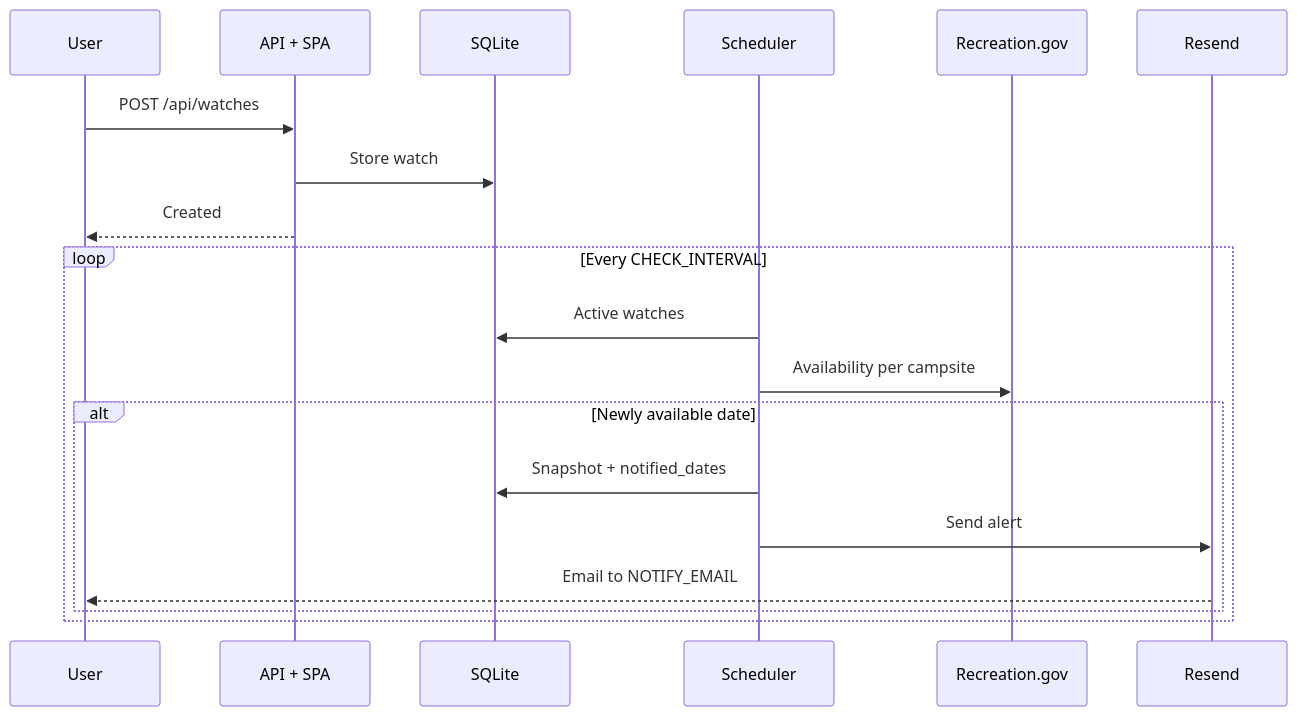
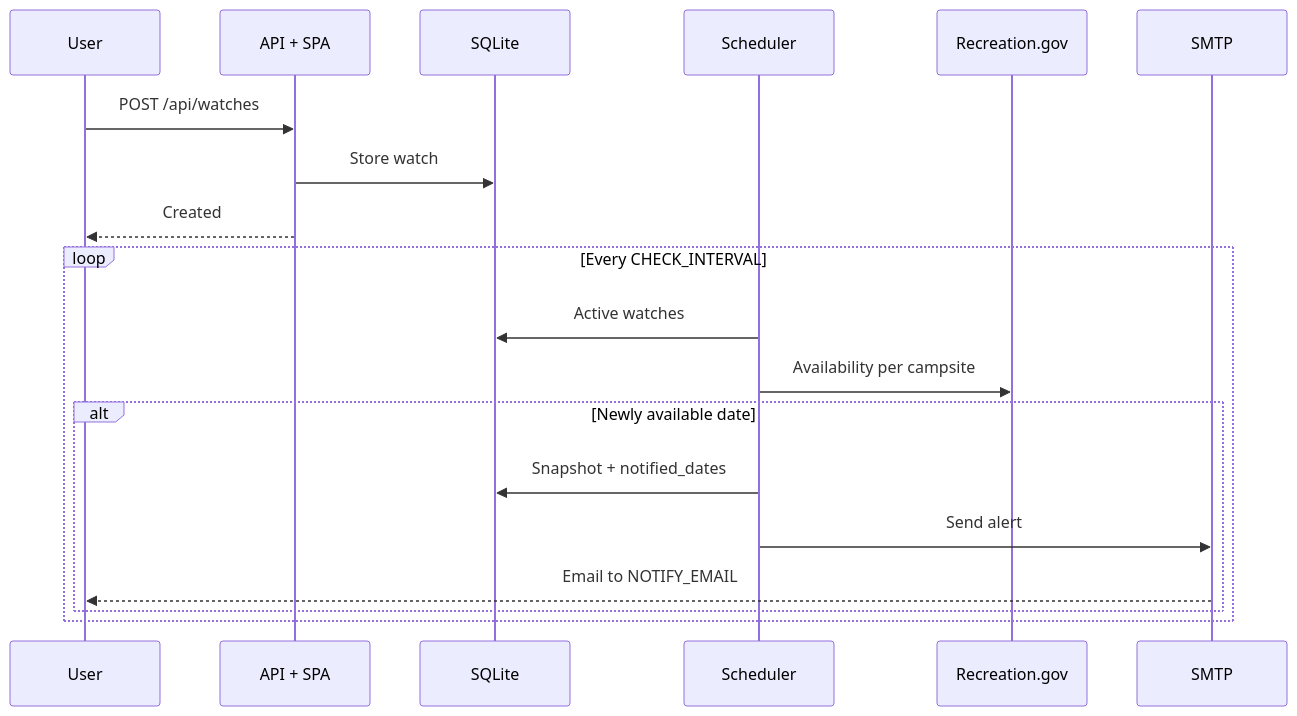
Before and after one commit to adamcnaglich/campsight: the second of 2 diagrams in README.md, drawn with Mermaid. The commit also changed other lines of this file and 10 other files, not shown here.

First line of the commit message:
Send alert emails over SMTP with nodemailer instead of Resend

````diff
--- a/README.md
+++ b/README.md
@@ -143,23 +147,23 @@
 ```mermaid
 sequenceDiagram
     participant User
     participant App as API + SPA
     participant DB as SQLite
     participant Scheduler
     participant RecGov as Recreation.gov
-    participant Email as Resend
+    participant Email as SMTP
 
     User->>App: POST /api/watches
     App->>DB: Store watch
     App-->>User: Created
 
     loop Every CHECK_INTERVAL
         Scheduler->>DB: Active watches
         Scheduler->>RecGov: Availability per campsite
         alt Newly available date
             Scheduler->>DB: Snapshot + notified_dates
             Scheduler->>Email: Send alert
             Email-->>User: Email to NOTIFY_EMAIL
         end
     end
 ```
````
